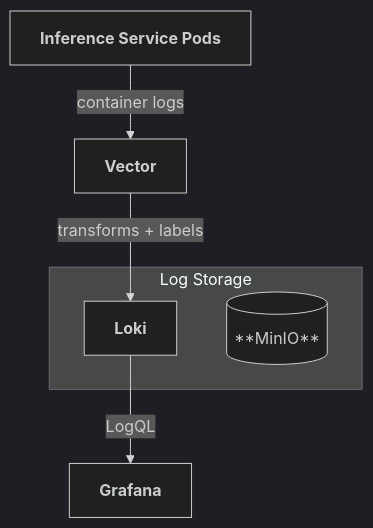
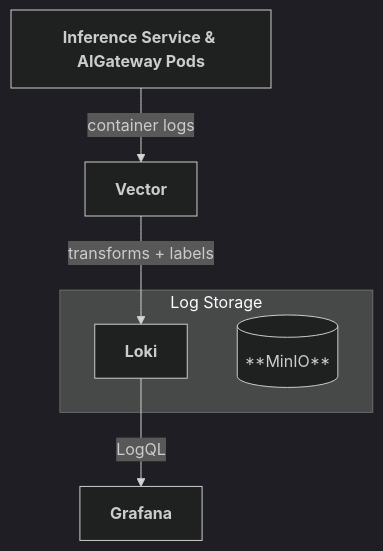
Before and after one commit to moreh-dev/mif: the diagram in website/docs/operations/monitoring/logs/index.mdx, drawn with Mermaid (dark theme). The commit also changed other lines of this file and 2 other files, not shown here.

First line of the commit message:
MAF-20095: feat(deploy): collect AIGateway pod logs via Vector (#133)

````diff
--- a/website/docs/operations/monitoring/logs/index.mdx
+++ b/website/docs/operations/monitoring/logs/index.mdx
@@ -11,15 +11,15 @@
 ```mermaid
 flowchart TB
-    pods["`**Inference Service Pods**`"]
+    pods["`**Inference Service & AIGateway Pods**`"]
     vector["`**Vector**`"]
     grafana["`**Grafana**`"]
 
     subgraph log_storage["Log Storage"]
         loki["`**Loki**`"]
         minio[("**MinIO**")]
     end
 
     pods -->|"container logs"| vector
     vector -->|"transforms + labels"| loki
     loki -->|"LogQL"| grafana
 ```
````
